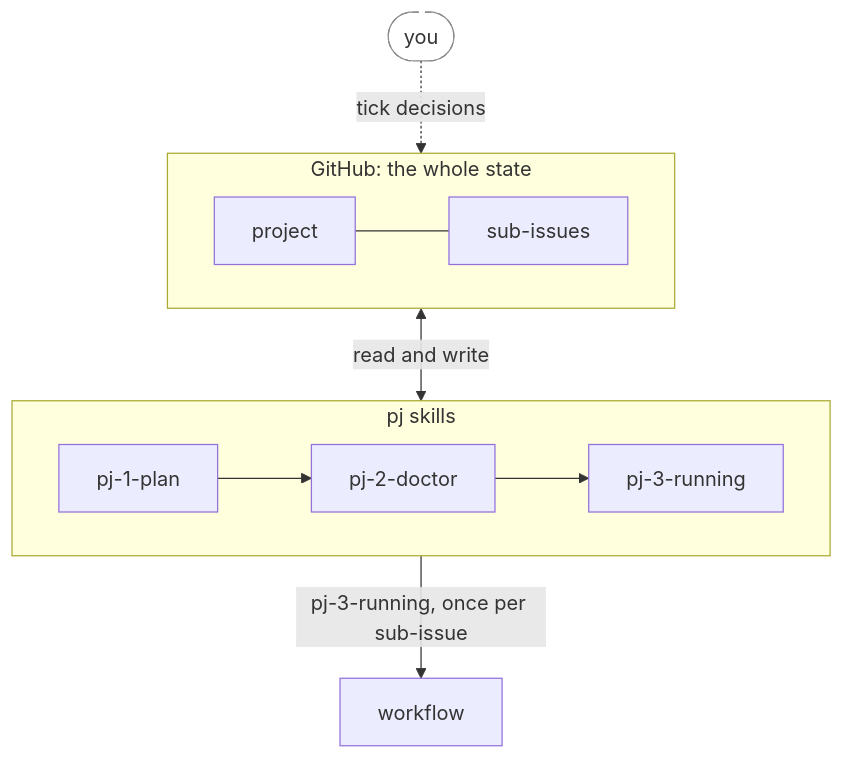
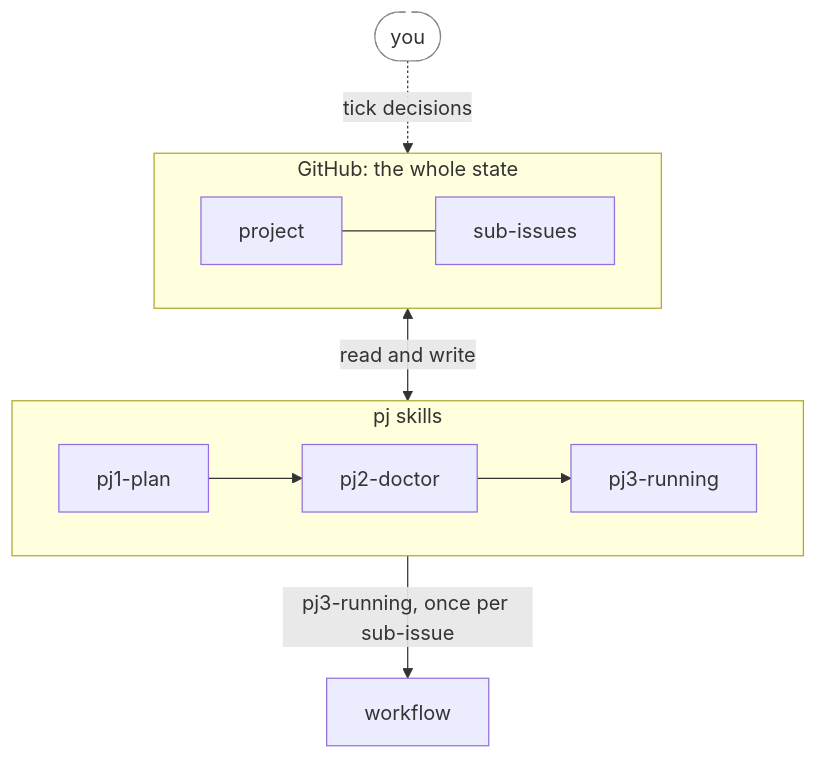
Before and after one commit to annetaan/claude-plugins: the first of 4 diagrams in plugins/annetaan/README.md, drawn with Mermaid. The commit also changed other lines of this file and 19 other files, not shown here.

First line of the commit message:
feat: rename the pj skills to pj1-plan, pj2-doctor and pj3-running (#32)

````diff
--- a/plugins/annetaan/README.md
+++ b/plugins/annetaan/README.md
@@ -61,18 +61,18 @@
 ```mermaid
 flowchart TB
     you(["you"])
     subgraph gh["GitHub: the whole state"]
         direction LR
         project["project"] --- subs["sub-issues"]
     end
     subgraph pj["pj skills"]
         direction LR
-        plan["pj-1-plan"] --> doctor["pj-2-doctor"] --> running["pj-3-running"]
+        plan["pj1-plan"] --> doctor["pj2-doctor"] --> running["pj3-running"]
     end
     wf["workflow"]
     you -.->|"tick decisions"| gh
     gh <-->|"read and write"| pj
-    pj -->|"pj-3-running, once per sub-issue"| wf
+    pj -->|"pj3-running, once per sub-issue"| wf
     classDef human fill:#fff,stroke:#888,stroke-dasharray: 5 5
     class you human
 ```
````
